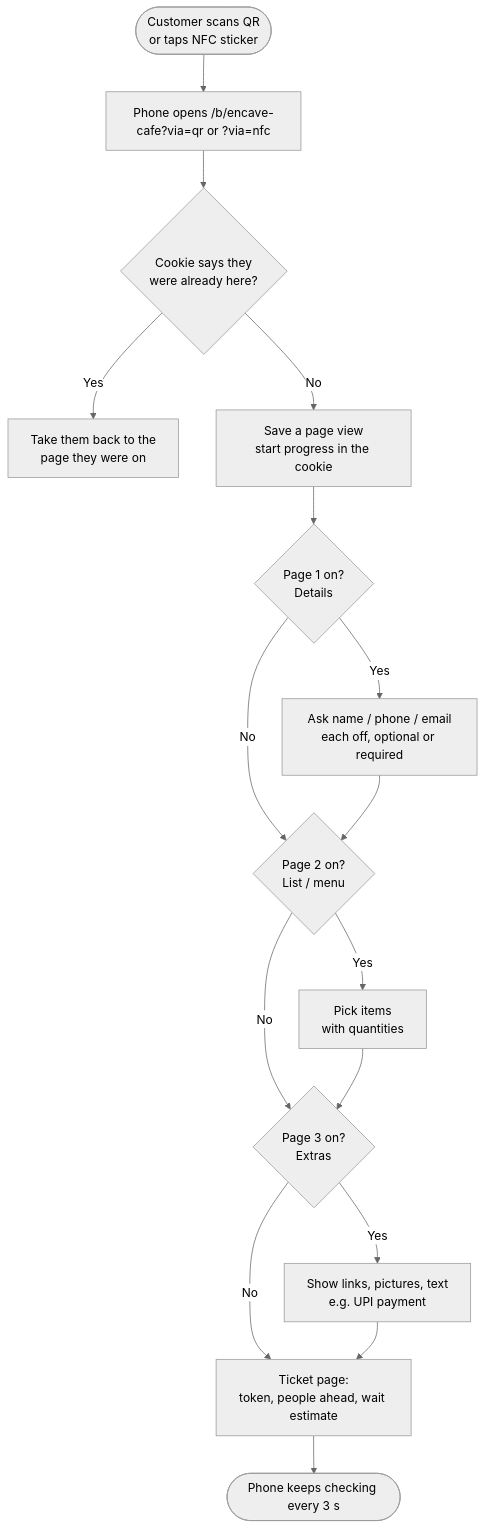
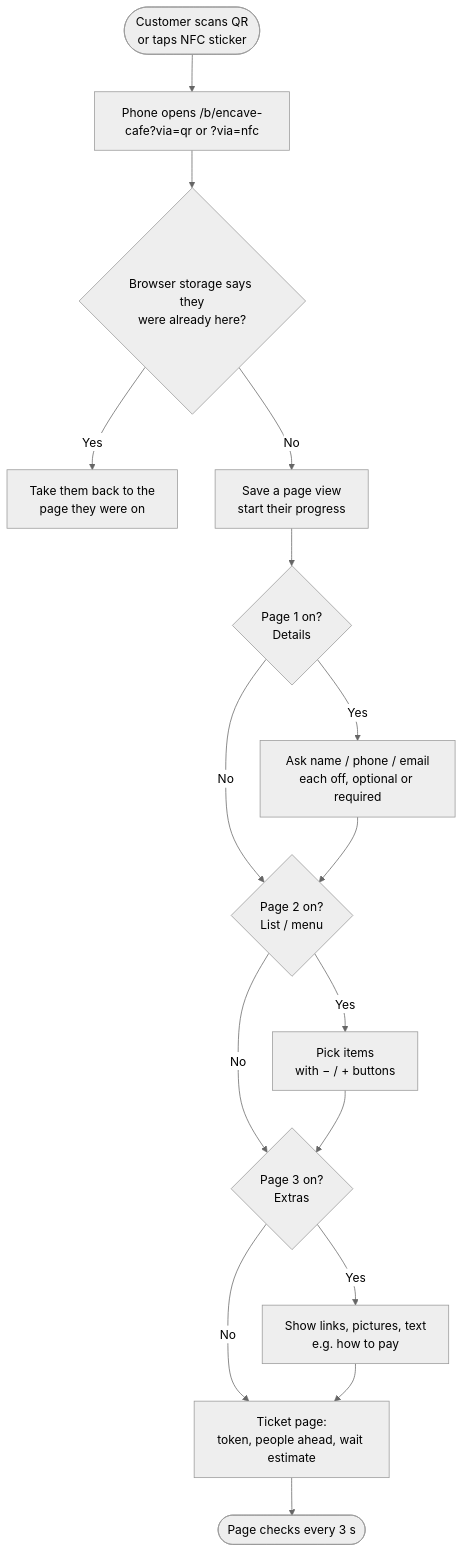
Before and after one commit to unwacko/dashQ_deployed: the fourth of 11 diagrams in dashQ_how_it_works.md, drawn with Mermaid (neutral theme). The commit also changed other lines of this file and 60 other files, not shown here.

````diff
--- a/dashQ_how_it_works.md
+++ b/dashQ_how_it_works.md
@@ -228,18 +264,18 @@
 ```mermaid
 flowchart TD
     A([Customer scans QR<br/>or taps NFC sticker]) --> B["Phone opens /b/encave-cafe?via=qr or ?via=nfc"]
-    B --> C{Cookie says they<br/>were already here?}
+    B --> C{Browser storage says they<br/>were already here?}
     C -- Yes --> R[Take them back to the<br/>page they were on]
-    C -- No --> D[Save a page view<br/>start progress in the cookie]
+    C -- No --> D[Save a page view<br/>start their progress]
     D --> E{Page 1 on?<br/>Details}
     E -- Yes --> P1[Ask name / phone / email<br/>each off, optional or required]
     E -- No --> F
     P1 --> F{Page 2 on?<br/>List / menu}
-    F -- Yes --> P2[Pick items<br/>with quantities]
+    F -- Yes --> P2[Pick items<br/>with − / + buttons]
     F -- No --> G
     P2 --> G{Page 3 on?<br/>Extras}
-    G -- Yes --> P3[Show links, pictures, text<br/>e.g. UPI payment]
+    G -- Yes --> P3[Show links, pictures, text<br/>e.g. how to pay]
     G -- No --> H
     P3 --> H[Ticket page:<br/>token, people ahead, wait estimate]
-    H --> I([Phone keeps checking every 3 s])
+    H --> I([Page checks every 3 s])
 ```
````
